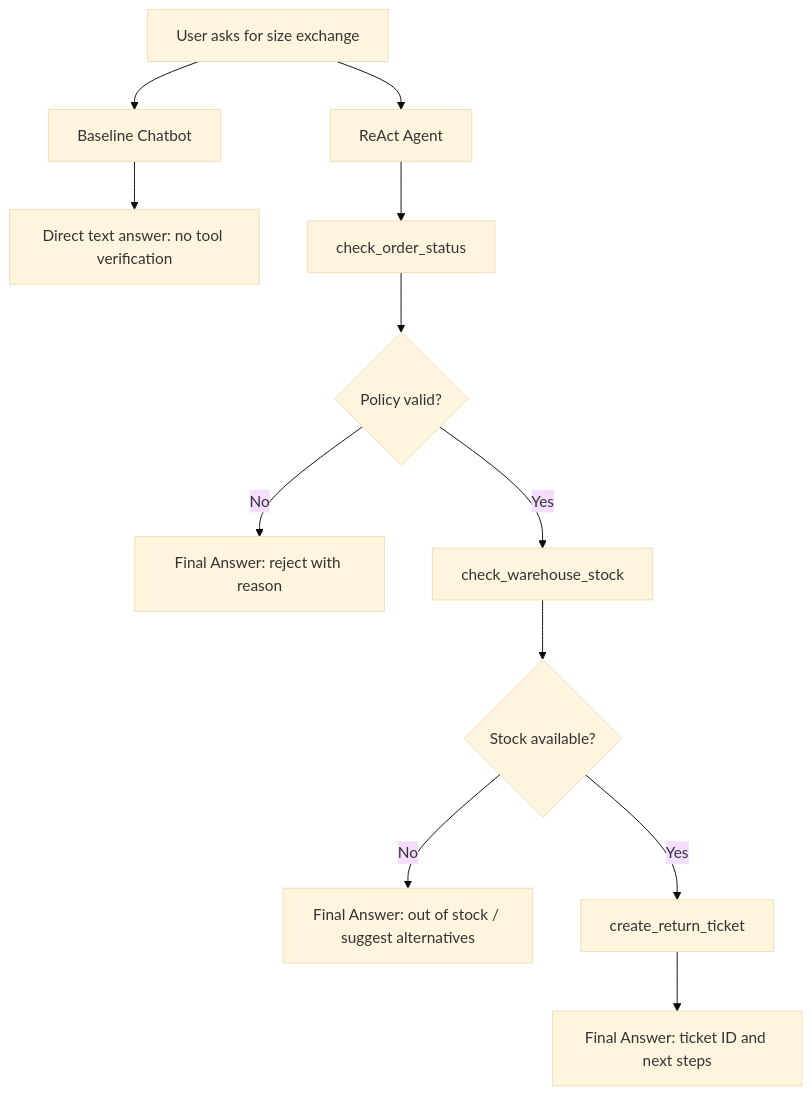
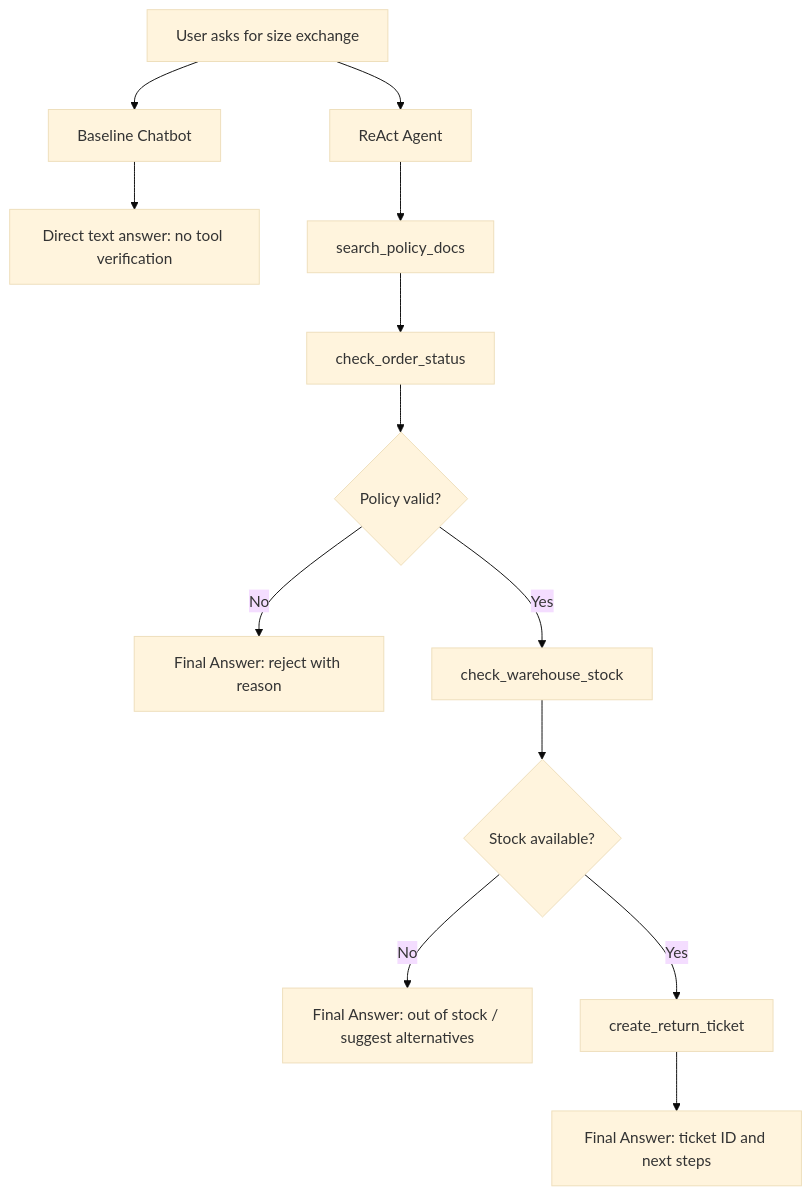
Before and after one commit to bachbach6124/Day03-Lab-assignment: the diagram in report/group_report/GROUP_REPORT_RETAIL_RETURN_AGENT.md, drawn with Mermaid (base theme). The commit also changed other lines of this file and 7 other files, not shown here.

Commit message:
feat: implement search_policy_docs tool and integrate into agent workflow for enhanced policy retrieval

````diff
--- a/report/group_report/GROUP_REPORT_RETAIL_RETURN_AGENT.md
+++ b/report/group_report/GROUP_REPORT_RETAIL_RETURN_AGENT.md
@@ -93,15 +94,16 @@
 ```mermaid
 flowchart TD
     A[User asks for size exchange] --> B[Baseline Chatbot]
     B --> C[Direct text answer: no tool verification]
 
     A --> D[ReAct Agent]
-    D --> E[check_order_status]
+    D --> S[search_policy_docs]
+    S --> E[check_order_status]
     E --> F{Policy valid?}
     F -- No --> G[Final Answer: reject with reason]
     F -- Yes --> H[check_warehouse_stock]
     H --> I{Stock available?}
     I -- No --> J[Final Answer: out of stock / suggest alternatives]
     I -- Yes --> K[create_return_ticket]
     K --> L[Final Answer: ticket ID and next steps]
 ```
````
